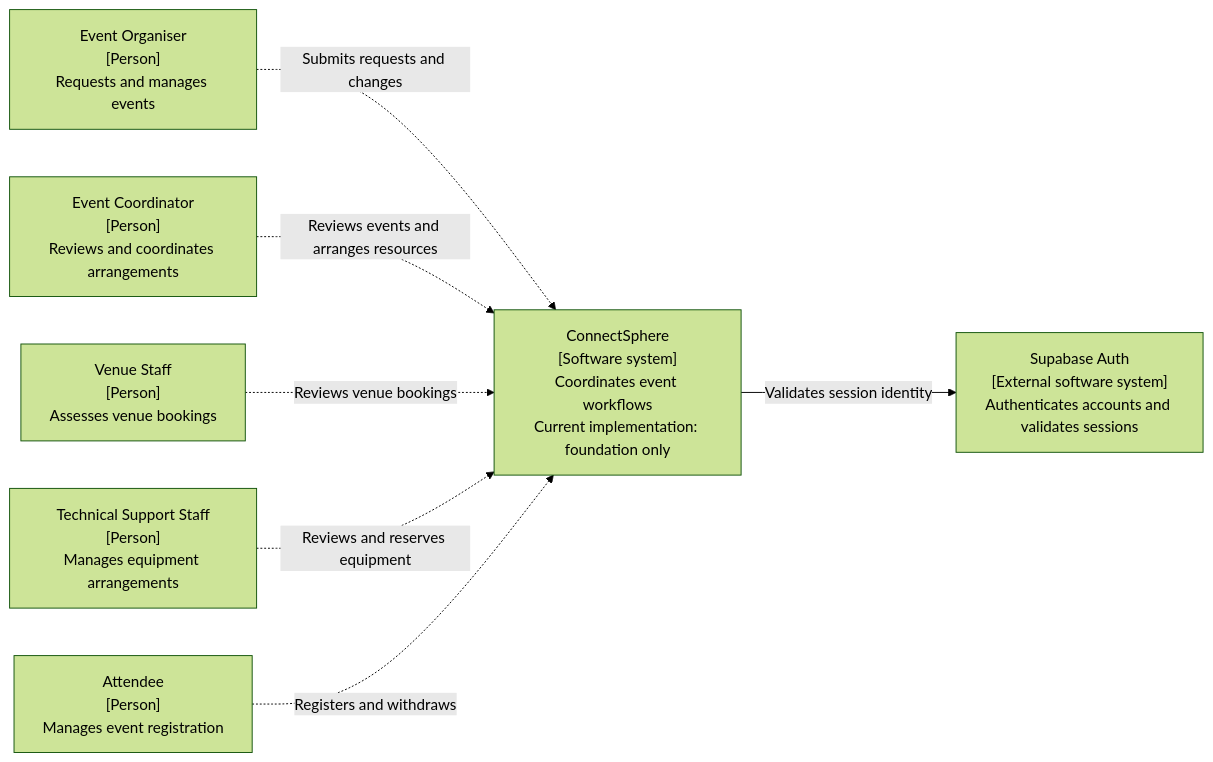
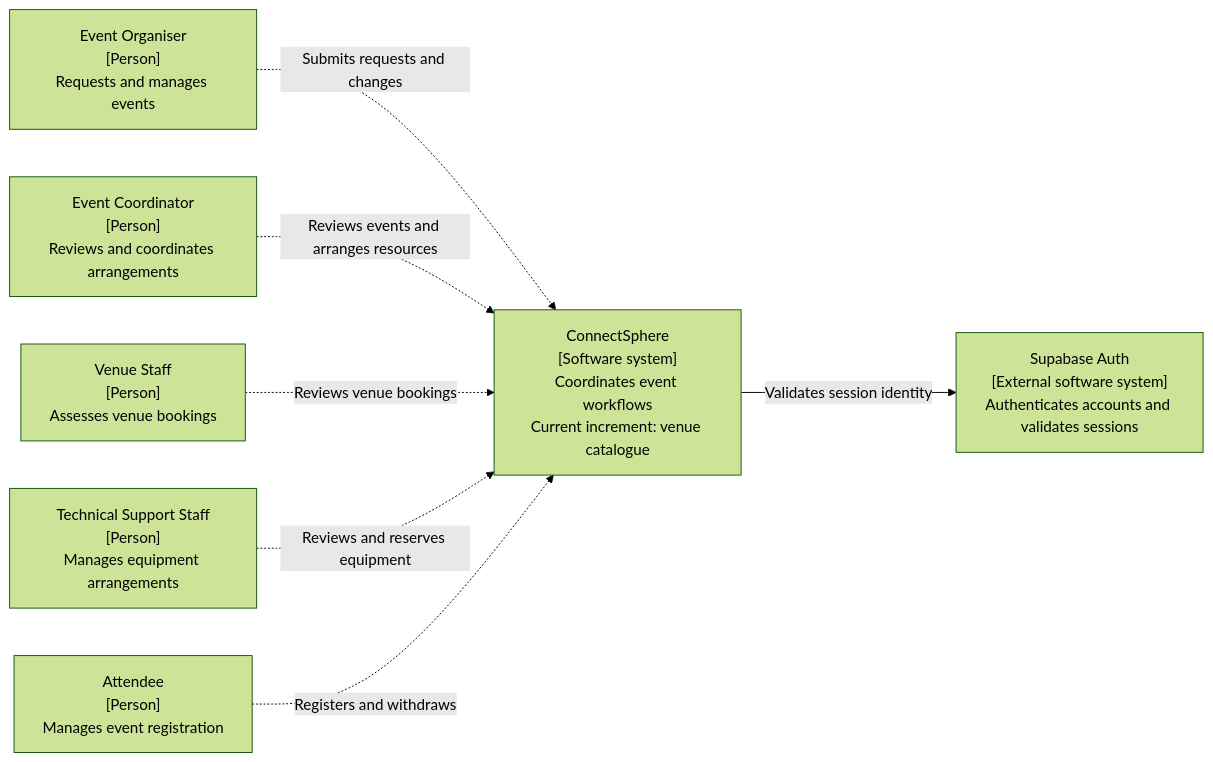
The first of 4 diagrams in docs/architecture/c4.md (Ryan-Lee-2000/ConnectSphere), drawn with Mermaid (forest theme) before and after one commit. The commit also changed other lines of this file and 27 other files, not shown here.

Commit message:
feat: implement Sprint 1 venue catalogue

````diff
--- a/docs/architecture/c4.md
+++ b/docs/architecture/c4.md
@@ -29,16 +29,16 @@
 ```mermaid
 flowchart LR
   organiser["Event Organiser<br/>[Person]<br/>Requests and manages events"]
   coordinator["Event Coordinator<br/>[Person]<br/>Reviews and coordinates arrangements"]
   venue["Venue Staff<br/>[Person]<br/>Assesses venue bookings"]
   technical["Technical Support Staff<br/>[Person]<br/>Manages equipment arrangements"]
   attendee["Attendee<br/>[Person]<br/>Manages event registration"]
-  system["ConnectSphere<br/>[Software system]<br/>Coordinates event workflows<br/>Current implementation: foundation only"]
+  system["ConnectSphere<br/>[Software system]<br/>Coordinates event workflows<br/>Current increment: venue catalogue"]
   auth["Supabase Auth<br/>[External software system]<br/>Authenticates accounts and validates sessions"]
   organiser -.->|"Submits requests and changes"| system
   coordinator -.->|"Reviews events and arranges resources"| system
   venue -.->|"Reviews venue bookings"| system
   technical -.->|"Reviews and reserves equipment"| system
   attendee -.->|"Registers and withdraws"| system
   system -->|"Validates session identity"| auth
 ```
````
